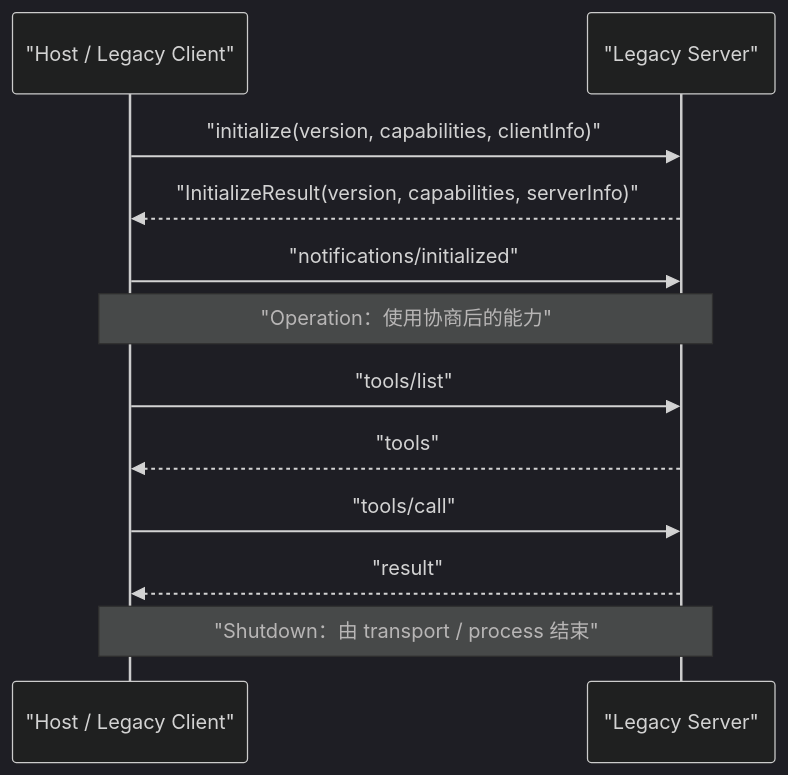
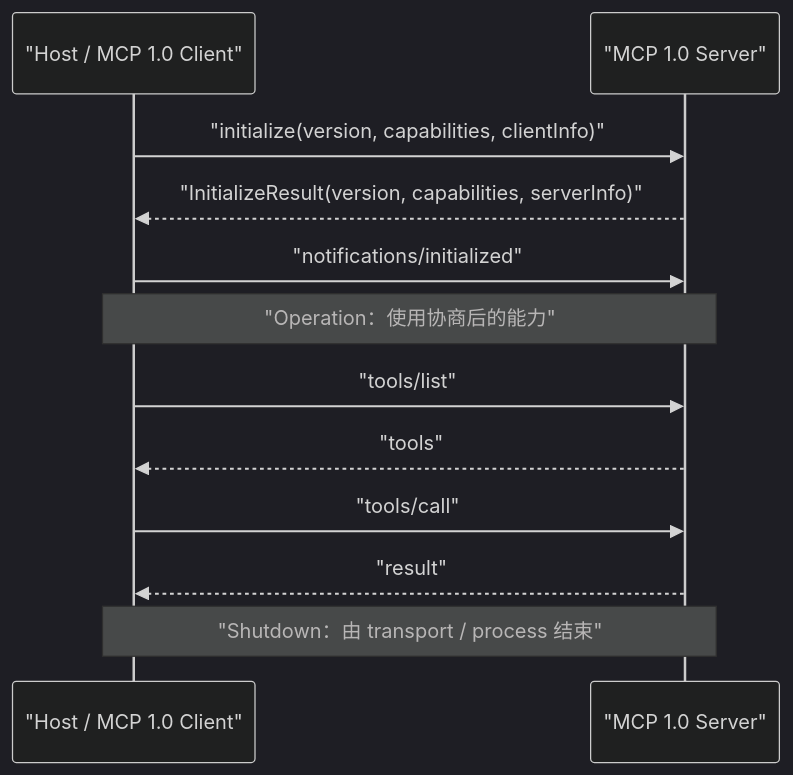
Before and after one commit to caiboyang/ML-learning: diagram 12 of 27 in mcp-2.0/MCP_2_0_Research.md, drawn with Mermaid (dark theme). The commit also changed other lines of this file and 2 other files, not shown here.

Commit message:
Address MCP guide audit feedback

````diff
--- a/mcp-2.0/MCP_2_0_Research.md
+++ b/mcp-2.0/MCP_2_0_Research.md
@@ -1045,14 +1151,14 @@
 ```mermaid
 sequenceDiagram
-    participant H as "Host / Legacy Client"
-    participant S as "Legacy Server"
+    participant H as "Host / MCP 1.0 Client"
+    participant S as "MCP 1.0 Server"
     H->>S: "initialize(version, capabilities, clientInfo)"
     S-->>H: "InitializeResult(version, capabilities, serverInfo)"
     H->>S: "notifications/initialized"
     Note over H,S: "Operation：使用协商后的能力"
     H->>S: "tools/list"
     S-->>H: "tools"
     H->>S: "tools/call"
     S-->>H: "result"
     Note over H,S: "Shutdown：由 transport / process 结束"
 ```
````
